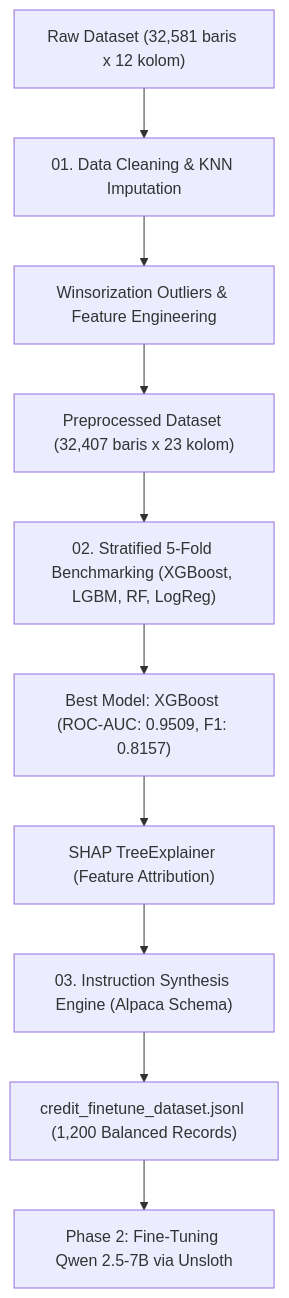
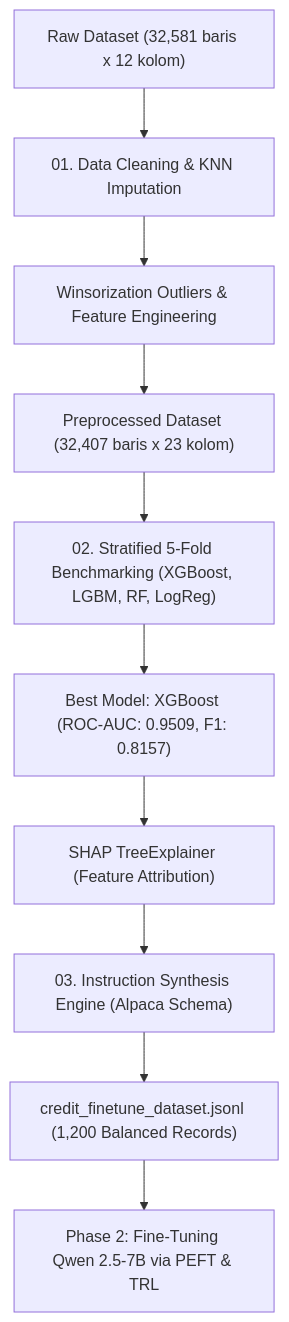
Before and after one commit to difadlyaulhaq/Local-Credit-Risk-Assessment---Explainable-AI--XAI--System: the diagram in doc/README.md, drawn with Mermaid. The commit also changed other lines of this file and 2 other files, not shown here.

Commit message:
Enhance PRD and documentation for Qwen 2.5 fine-tuning process
- Updated PRD.md to reflect changes in fine-tuning methodology, including the use of Hugging Face PEFT & TRL for Qwen 2.5-7B.
- Revised success metrics and goals to include updated performance metrics and model specifications.
- Added detailed fine-tuning guide (04_unsloth_finetuning_guide.md) outlining step-by-step implementation for Qwen 2.5 using Hugging Face tools.
- Updated README.md to include new fine-tuning guide and clarify the fine-tuning phase.

````diff
--- a/doc/README.md
+++ b/doc/README.md
@@ -19,12 +20,12 @@
 ```mermaid
 flowchart TD
     A["Raw Dataset (32,581 baris x 12 kolom)"] --> B["01. Data Cleaning & KNN Imputation"]
     B --> C["Winsorization Outliers & Feature Engineering"]
     C --> D["Preprocessed Dataset (32,407 baris x 23 kolom)"]
     D --> E["02. Stratified 5-Fold Benchmarking (XGBoost, LGBM, RF, LogReg)"]
     E --> F["Best Model: XGBoost (ROC-AUC: 0.9509, F1: 0.8157)"]
     F --> G["SHAP TreeExplainer (Feature Attribution)"]
     G --> H["03. Instruction Synthesis Engine (Alpaca Schema)"]
     H --> I["credit_finetune_dataset.jsonl (1,200 Balanced Records)"]
-    I --> J["Phase 2: Fine-Tuning Qwen 2.5-7B via Unsloth"]
+    I --> J["Phase 2: Fine-Tuning Qwen 2.5-7B via PEFT & TRL"]
 ```
````
